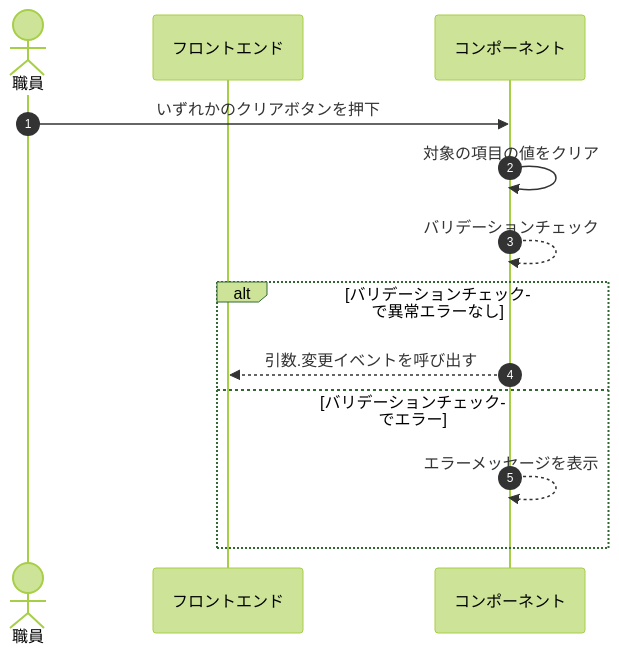
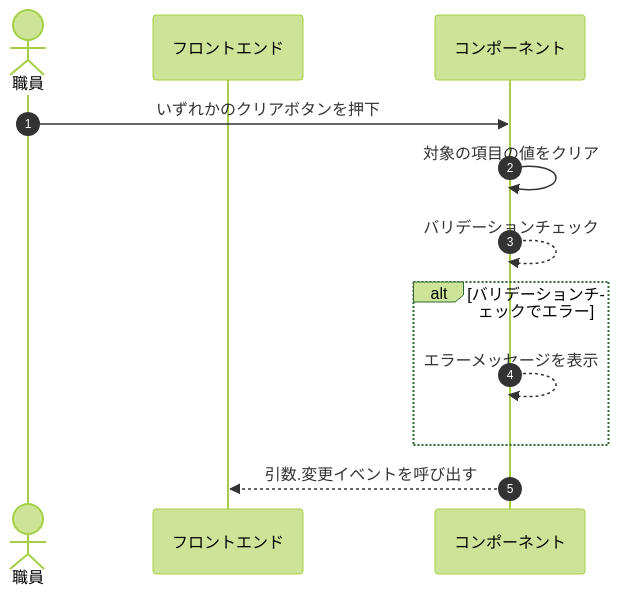
Before and after one commit to MrWangpeilin945/FlutterIOS: the diagram in Documents/UI設計書/src/docs/コンポーネント/CP1011_検査項目グループ_検査：身体計測/CP1011-ClearButtonPressed.mmd, drawn with Mermaid. The commit also changed 22 other files, not shown here.

Commit message:
シーケンス図を修正

```diff
--- a/Documents/UI設計書/src/docs/コンポーネント/CP1011_検査項目グループ_検査：身体計測/CP1011-ClearButtonPressed.mmd
+++ b/Documents/UI設計書/src/docs/コンポーネント/CP1011_検査項目グループ_検査：身体計測/CP1011-ClearButtonPressed.mmd
@@ -1,15 +1,14 @@
 %%{init:{'theme':'forest'}}%%
 sequenceDiagram
 autonumber
   actor User as 職員
   participant FE as フロントエンド
   participant KN as コンポーネント  
 
   User->>KN:いずれかのクリアボタンを押下
   KN->>KN:対象の項目の値をクリア
   KN-->>KN:バリデーションチェック
-   alt バリデーションチェックで異常エラーなし
-  KN-->>FE:引数.変更イベントを呼び出す
-  else バリデーションチェックでエラー
+  alt バリデーションチェックでエラー
   KN-->>KN:エラーメッセージを表示 
   end
+  KN-->>FE:引数.変更イベントを呼び出す
```
